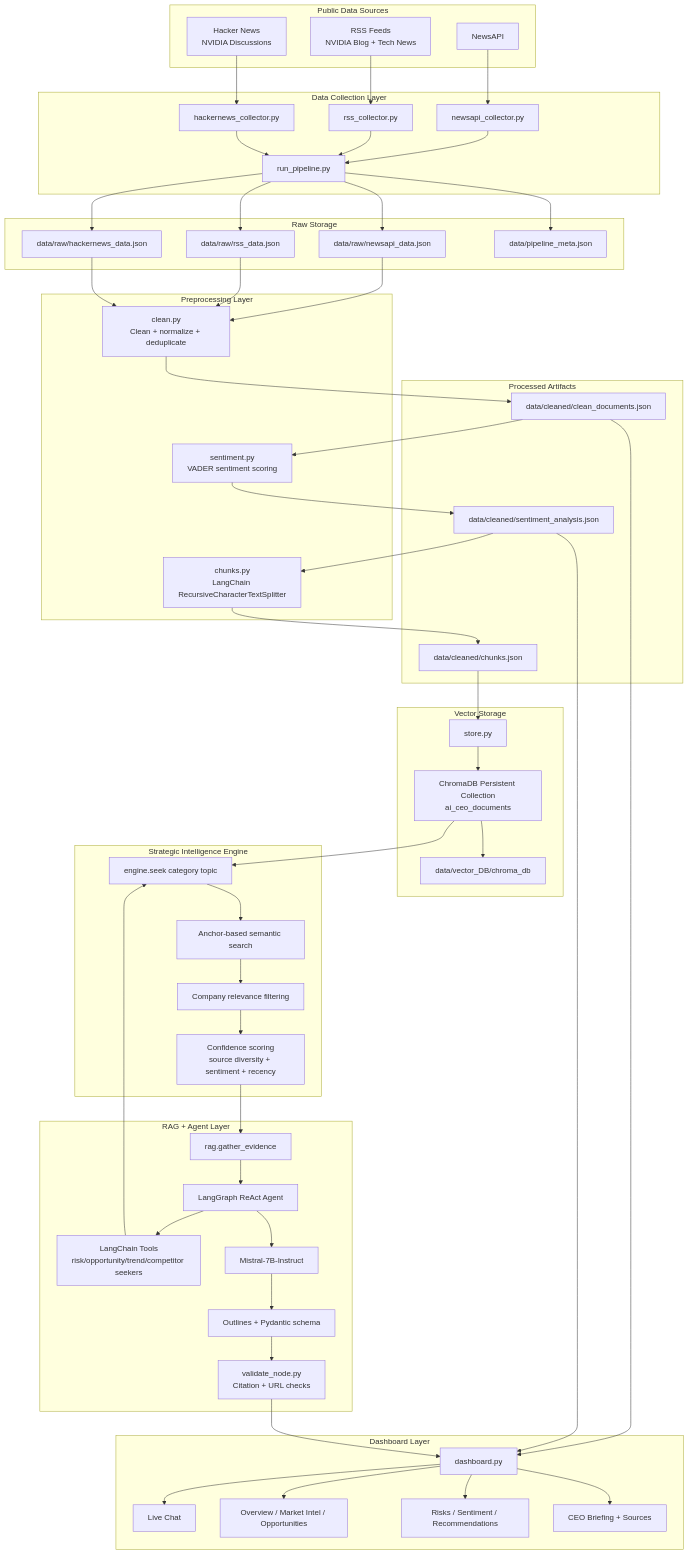
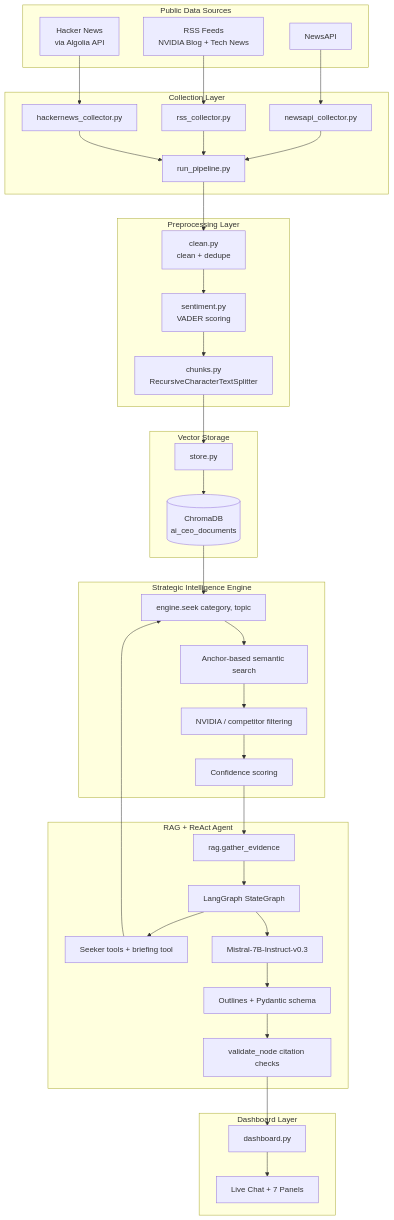
The first of 2 diagrams in README.md (yuvrajghag5/AI-CEO), drawn with Mermaid before and after one commit. The commit also changed other lines of this file and 1 other file, not shown here.

````diff
--- a/README.md
+++ b/README.md
@@ -65,118 +76,58 @@
 ```mermaid
 flowchart TD
-    %% External Sources
     subgraph S[Public Data Sources]
         S1[NewsAPI]
-        S2[RSS Feeds\nNVIDIA Blog + Tech News]
-        S3[Hacker News\nNVIDIA Discussions]
+        S2[RSS Feeds<br/>NVIDIA Blog + Tech News]
+        S3[Hacker News<br/>via Algolia API]
     end
 
-    %% Collection Layer
-    subgraph C[Data Collection Layer]
+    subgraph C[Collection Layer]
         C1[newsapi_collector.py]
         C2[rss_collector.py]
         C3[hackernews_collector.py]
         C4[run_pipeline.py]
     end
 
-    %% Raw Storage
-    subgraph R[Raw Storage]
-        R1[data/raw/newsapi_data.json]
-        R2[data/raw/rss_data.json]
-        R3[data/raw/hackernews_data.json]
-        R4[data/pipeline_meta.json]
+    subgraph P[Preprocessing Layer]
+        P1[clean.py<br/>clean + dedupe]
+        P2[sentiment.py<br/>VADER scoring]
+        P3[chunks.py<br/>RecursiveCharacterTextSplitter]
     end
 
-    %% Preprocessing
-    subgraph P[Preprocessing Layer]
-        P1[clean.py\nClean + normalize + deduplicate]
-        P2[sentiment.py\nVADER sentiment scoring]
-        P3[chunks.py\nLangChain RecursiveCharacterTextSplitter]
+    subgraph V[Vector Storage]
+        V1[store.py]
+        V2[(ChromaDB<br/>ai_ceo_documents)]
     end
 
-    %% Processed Artifacts
-    subgraph A[Processed Artifacts]
-        A1[data/cleaned/clean_documents.json]
-        A2[data/cleaned/sentiment_analysis.json]
-        A3[data/cleaned/chunks.json]
+    subgraph E[Strategic Intelligence Engine]
+        E1[engine.seek category, topic]
+        E2[Anchor-based semantic search]
+        E3[NVIDIA / competitor filtering]
+        E4[Confidence scoring]
     end
 
-    %% Vector DB
-    subgraph V[Vector Storage]
-        V1[store.py]
-        V2[ChromaDB Persistent Collection\nai_ceo_documents]
-        V3[data/vector_DB/chroma_db]
+    subgraph G[RAG + ReAct Agent]
+        G1[rag.gather_evidence]
+        G2[LangGraph StateGraph]
+        G3[Seeker tools + briefing tool]
+        G4[Mistral-7B-Instruct-v0.3]
+        G5[Outlines + Pydantic schema]
+        G6[validate_node citation checks]
     end
 
-    %% Intelligence Layer
-    subgraph E[Strategic Intelligence Engine]
-        E1[engine.seek category topic]
-        E2[Anchor-based semantic search]
-        E3[Company relevance filtering]
-        E4[Confidence scoring\nsource diversity + sentiment + recency]
+    subgraph D[Dashboard Layer]
+        D1[dashboard.py]
+        D2[Live Chat + 7 Panels]
     end
 
-    %% RAG + Agent Layer
-    subgraph G[RAG + Agent Layer]
-        G1[rag.gather_evidence]
-        G2[LangGraph ReAct Agent]
-        G3[LangChain Tools\nrisk/opportunity/trend/competitor seekers]
-        G4[Mistral-7B-Instruct]
-        G5[Outlines + Pydantic schema]
-        G6[validate_node.py\nCitation + URL checks]
-    end
+    S1 --> C1 --> C4
+    S2 --> C2 --> C4
+    S3 --> C3 --> C4
+    C4 --> P1 --> P2 --> P3 --> V1 --> V2
 
-    %% Dashboard
-    subgraph D[Dashboard Layer]
-        D1[dashboard.py]
-        D2[Live Chat]
-        D3[Overview / Market Intel / Opportunities]
-        D4[Risks / Sentiment / Recommendations]
-        D5[CEO Briefing + Sources]
-    end
-
-    S1 --> C1
-    S2 --> C2
-    S3 --> C3
-    C1 --> C4
-    C2 --> C4
-    C3 --> C4
-    C4 --> R1
-    C4 --> R2
-    C4 --> R3
-    C4 --> R4
-
-    R1 --> P1
-    R2 --> P1
-    R3 --> P1
-    P1 --> A1
-    A1 --> P2
-    P2 --> A2
-    A2 --> P3
-    P3 --> A3
-
-    A3 --> V1
-    V1 --> V2
-    V2 --> V3
-
-    V2 --> E1
-    E1 --> E2
-    E2 --> E3
-    E3 --> E4
-
-    E4 --> G1
-    G1 --> G2
-    G2 --> G3
-    G3 --> E1
-    G2 --> G4
-    G4 --> G5
-    G5 --> G6
-
-    A1 --> D1
-    A2 --> D1
-    G6 --> D1
-    D1 --> D2
-    D1 --> D3
-    D1 --> D4
-    D1 --> D5
+    V2 --> E1 --> E2 --> E3 --> E4
+    E4 --> G1 --> G2
+    G2 --> G3 --> E1
+    G2 --> G4 --> G5 --> G6
+    G6 --> D1 --> D2
 ```
````
